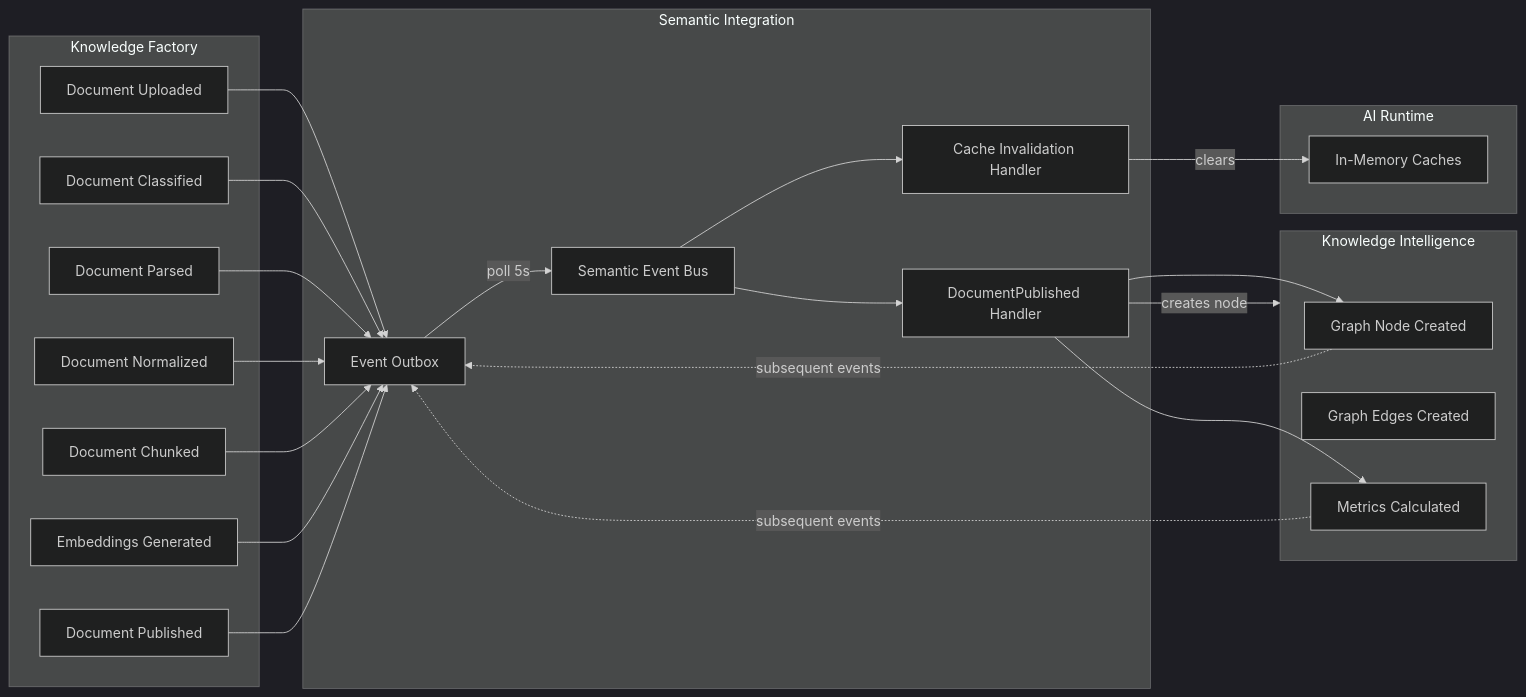
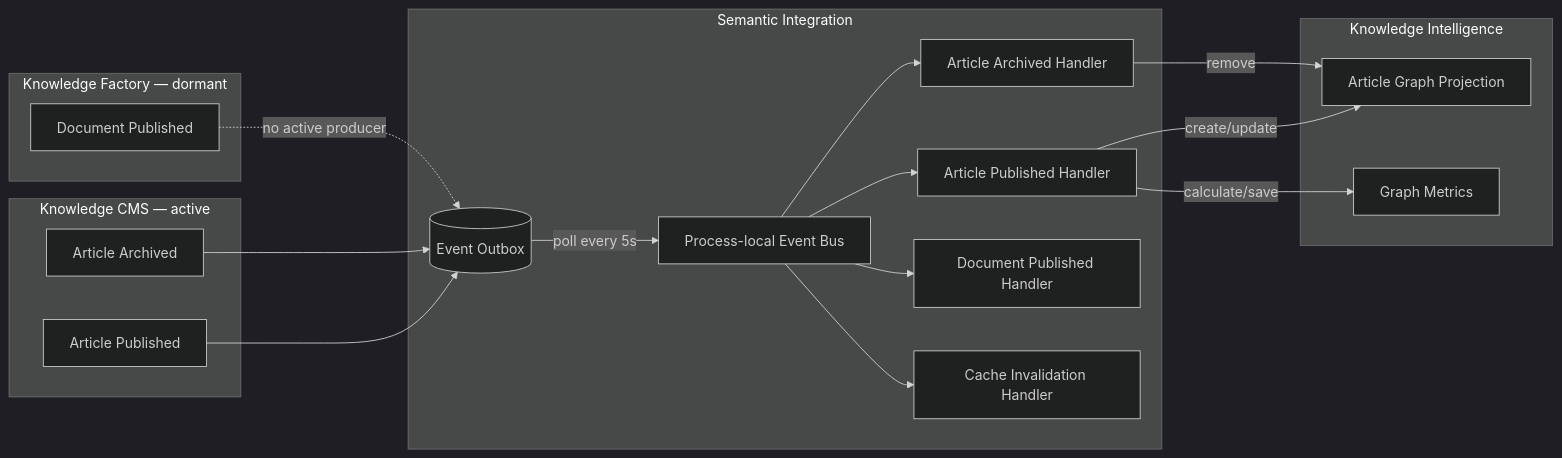
The seventh of 13 diagrams in docs/PROJECT_BOOTSTRAP.md (feerozmandiha/xennic), drawn with Mermaid (dark theme) before and after one commit. The commit also changed other lines of this file and 68 other files, not shown here.

````diff
--- a/docs/PROJECT_BOOTSTRAP.md
+++ b/docs/PROJECT_BOOTSTRAP.md
@@ -1391,49 +1393,37 @@
 ```mermaid
 flowchart LR
-    subgraph KF["Knowledge Factory"]
-        U[Document Uploaded]
-        C[Document Classified]
-        P[Document Parsed]
-        N[Document Normalized]
-        H[Document Chunked]
-        E[Embeddings Generated]
+    subgraph CMS["Knowledge CMS — active"]
+        AP[Article Published]
+        AA[Article Archived]
+    end
+
+    subgraph KF["Knowledge Factory — dormant"]
         PB[Document Published]
     end
 
     subgraph SI["Semantic Integration"]
-        OB[Event Outbox]
-        BUS[Semantic Event Bus]
-        DPH[DocumentPublished Handler]
+        OB[(Event Outbox)]
+        BUS[Process-local Event Bus]
+        APH[Article Published Handler]
+        AAH[Article Archived Handler]
+        DPH[Document Published Handler]
         CIH[Cache Invalidation Handler]
     end
 
     subgraph KI["Knowledge Intelligence"]
-        GN[Graph Node Created]
-        GE[Graph Edges Created]
-        MC[Metrics Calculated]
+        GN[Article Graph Projection]
+        MC[Graph Metrics]
     end
 
-    subgraph AIR["AI Runtime"]
-        CACHE[In-Memory Caches]
-    end
-
-    U --> OB
-    C --> OB
-    P --> OB
-    N --> OB
-    H --> OB
-    E --> OB
-    PB --> OB
-
-    OB -->|poll 5s| BUS
+    AP --> OB
+    AA --> OB
+    PB -. no active producer .-> OB
+    OB -->|poll every 5s| BUS
+    BUS --> APH
+    BUS --> AAH
     BUS --> DPH
     BUS --> CIH
-
-    DPH --> GN
-    DPH --> MC
-    DPH -->|creates node| KI
-    CIH -->|clears| CACHE
-
-    GN -.->|subsequent events| OB
-    MC -.->|subsequent events| OB
+    APH -->|create/update| GN
+    APH -->|calculate/save| MC
+    AAH -->|remove| GN
 ```
````
